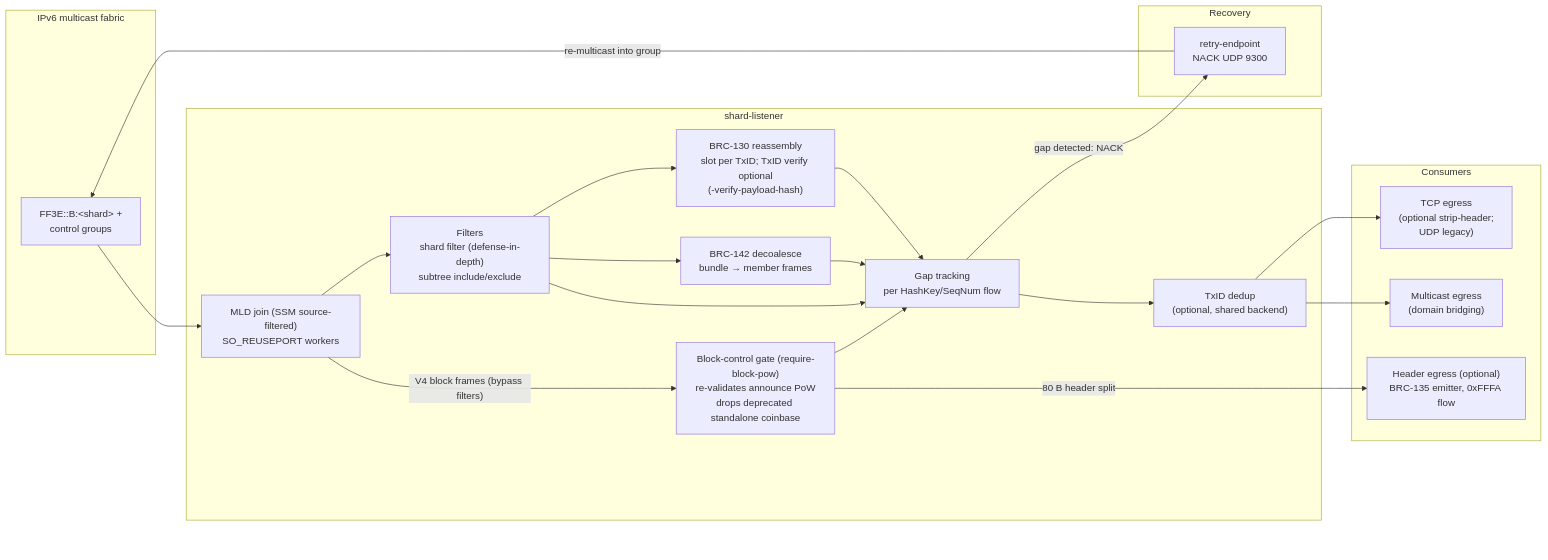
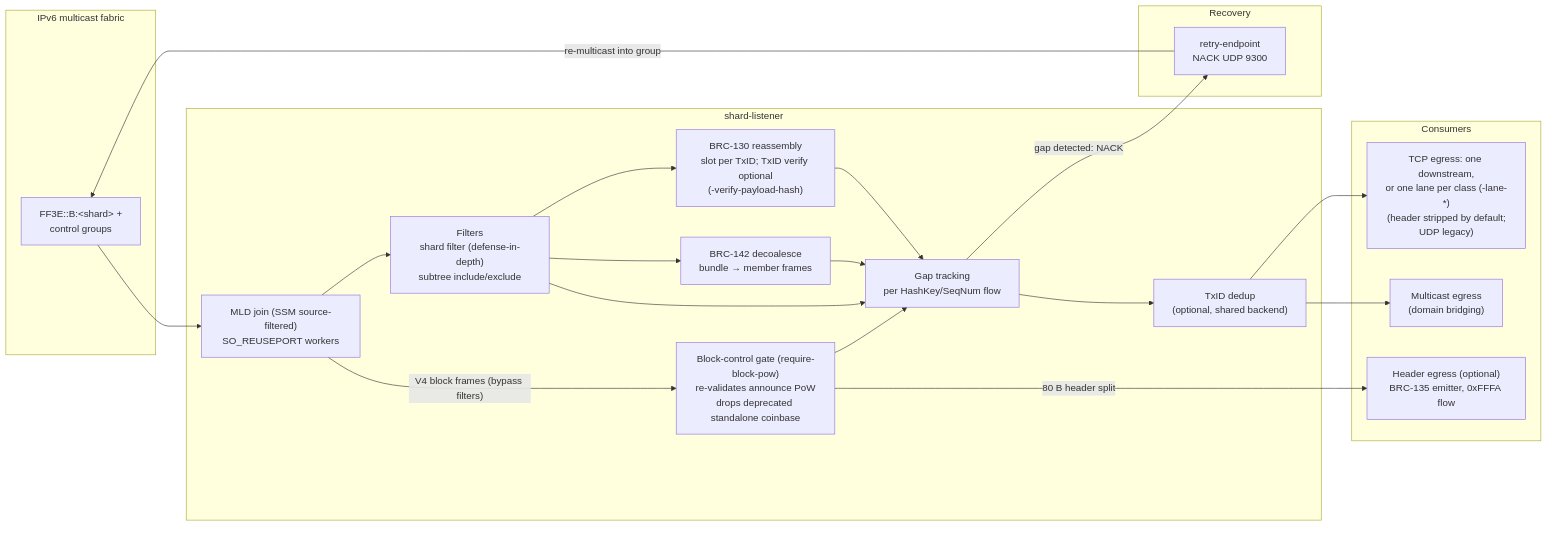
Before and after one commit to lightwebinc/bsv-multicast: the second of 3 diagrams in diagrams/README.md, drawn with Mermaid. The commit also changed other lines of this file and 7 other files, not shown here.

````diff
--- a/diagrams/README.md
+++ b/diagrams/README.md
@@ -71,47 +71,47 @@
 ```mermaid
 flowchart LR
     subgraph fabric["IPv6 multicast fabric"]
         GRP["FF3E::B:&lt;shard&gt; +<br/>control groups"]
     end
 
     subgraph listener["shard-listener"]
         JOIN["MLD join (SSM source-filtered)<br/>SO_REUSEPORT workers"]
         FILT["Filters<br/>shard filter (defense-in-depth)<br/>subtree include/exclude"]
         BGATE["Block-control gate (require-block-pow)<br/>re-validates announce PoW<br/>drops deprecated standalone coinbase"]
         REASM["BRC-130 reassembly<br/>slot per TxID; TxID verify optional<br/>(-verify-payload-hash)"]
         DECO["BRC-142 decoalesce<br/>bundle → member frames"]
         GAP["Gap tracking<br/>per HashKey/SeqNum flow"]
         DEDUP["TxID dedup<br/>(optional, shared backend)"]
     end
 
     subgraph recovery["Recovery"]
         RETRY["retry-endpoint<br/>NACK UDP 9300"]
     end
 
     subgraph consumers["Consumers"]
-        TCPOUT["TCP egress<br/>(optional strip-header;<br/>UDP legacy)"]
+        TCPOUT["TCP egress: one downstream,<br/>or one lane per class (-lane-*)<br/>(header stripped by default;<br/>UDP legacy)"]
         MCOUT["Multicast egress<br/>(domain bridging)"]
         HDROUT["Header egress (optional)<br/>BRC-135 emitter, 0xFFFA flow"]
     end
 
     GRP --> JOIN
     JOIN --> FILT
     FILT --> REASM
     FILT --> DECO
     REASM --> GAP
     DECO --> GAP
     FILT --> GAP
     JOIN -->|"V4 block frames (bypass filters)"| BGATE
     BGATE --> GAP
     BGATE -->|"80 B header split"| HDROUT
     GAP -->|"gap detected: NACK"| RETRY
     RETRY -->|"re-multicast into group"| GRP
     GAP --> DEDUP
     DEDUP --> TCPOUT
     DEDUP --> MCOUT
   %% The last node is an invisible spacer in the rightmost rank: the rendered
   %% viewer places its zoom and pan controls over the bottom-right corner.
   DEDUP ~~~ pad
   pad["&nbsp;<br/>&nbsp;<br/>&nbsp;<br/>&nbsp;<br/>&nbsp;"]:::pad
   classDef pad fill:none,stroke:none,color:transparent
 ```
````
